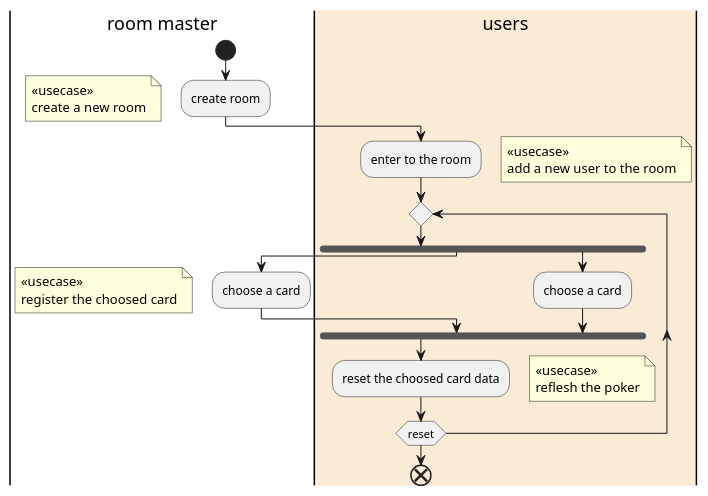
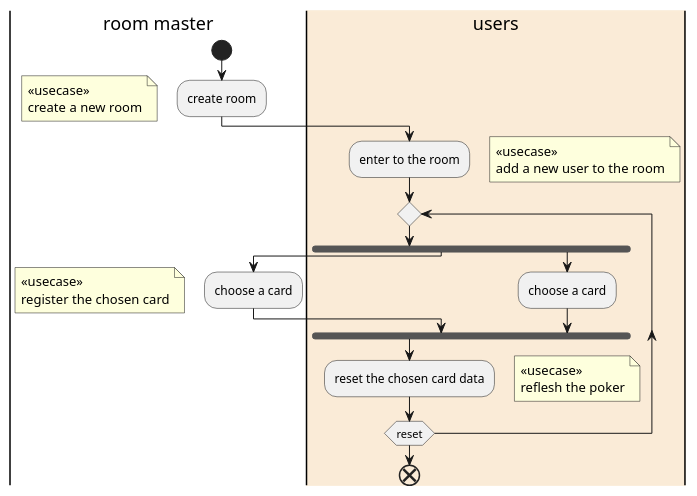
One commit to yuizho/salon changed the diagram in doc/product/biz_flow.puml. Above: the diagram before and after it, drawn with PlantUML. The commit also changed 6 other files, not shown here.

Commit message:
modify typo of status (CHOOSED -> CHOSEN)

```diff
--- a/doc/product/biz_flow.puml
+++ b/doc/product/biz_flow.puml
@@ -1,22 +1,22 @@
 @startuml
 |room master|
 start
 :create room;
 floating note left: <<usecase>>\ncreate a new room
 |#AntiqueWhite|users|
 :enter to the room;
 floating note right:  <<usecase>>\nadd a new user to the room
 repeat
 fork
 |room master|
 :choose a card;
-floating note left:  <<usecase>>\nregister the choosed card
+floating note left:  <<usecase>>\nregister the chosen card
 fork again
 |users|
 :choose a card;
 endfork
-:reset the choosed card data;
+:reset the chosen card data;
 floating note right:  <<usecase>>\nreflesh the poker
 repeatwhile (reset)
 end
 @enduml
```
